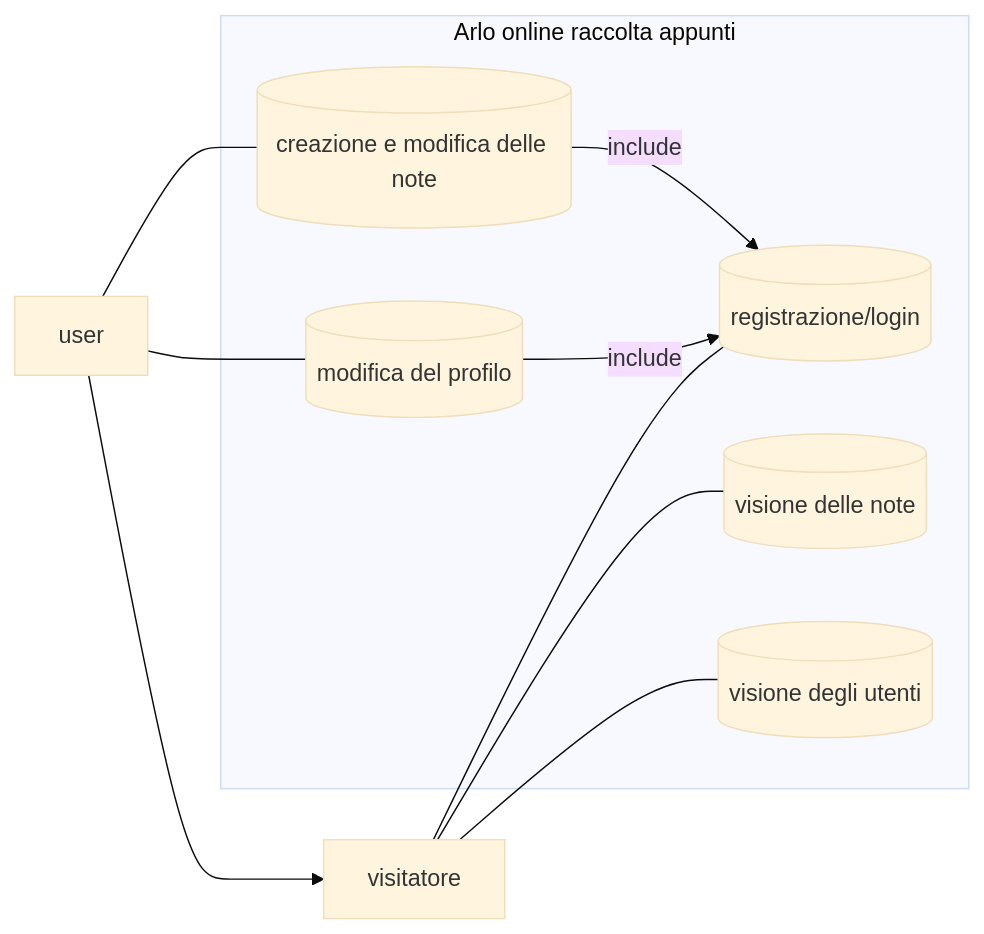
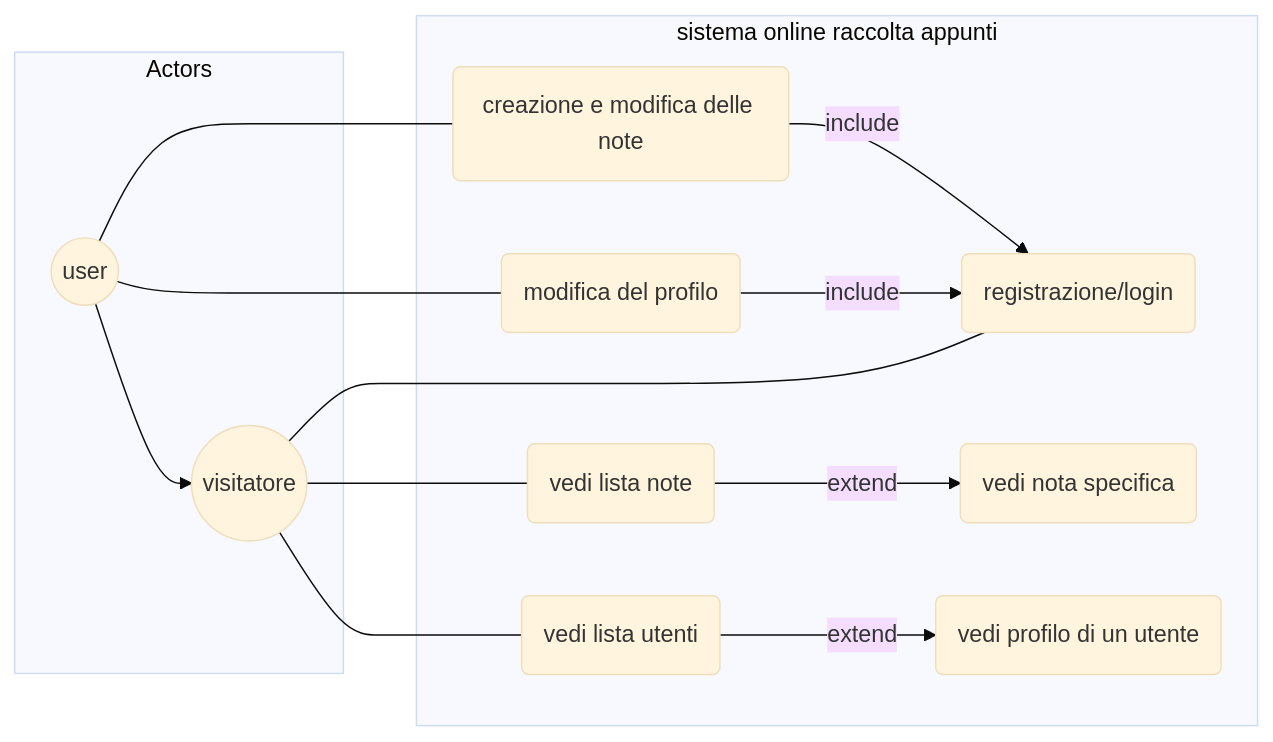
The first of 3 diagrams in README.md (MarcoArlotti/project_appunti_scuola), drawn with Mermaid (base theme) before and after one commit.

````diff
--- a/README.md
+++ b/README.md
@@ -69,29 +69,35 @@
 ```mermaid
 flowchart LR
-    user
-    visitatore
+
+    subgraph Actors ["Actors"]
+      user((user))
+      visitatore((visitatore))
+    end
     
-    
-    subgraph Sistema ["Arlo online raccolta appunti"]
-        UC1[("registrazione/login")]
-        UC2[("creazione e modifica delle note")]
-        UC3[("visione delle note")]
-        UC4[("visione degli utenti")]
-        UC5[("modifica del profilo")]
+    subgraph Sistema ["sistema online raccolta appunti"]
+        UC1("registrazione/login")
+        UC2("creazione e modifica delle note")
+        UC3("vedi lista note")
+        UW3("vedi nota specifica")
+        UC4("vedi lista utenti")
+        UW4("vedi profilo di un utente")
+        UC5("modifica del profilo")
     end
 
     %% Relazioni
     visitatore --- UC1
     visitatore --- UC3
     visitatore --- UC4
     user --- UC2
     user --- UC5
-
     
 
     %% Relazioni (stile dipendenza)
     UC2 -- include --> UC1
     UC5 -- include --> UC1
+    UC3 -- extend --> UW3
+    UC4 -- extend --> UW4
+
     %% ereditarieta'
     user --> visitatore
 ```
````
